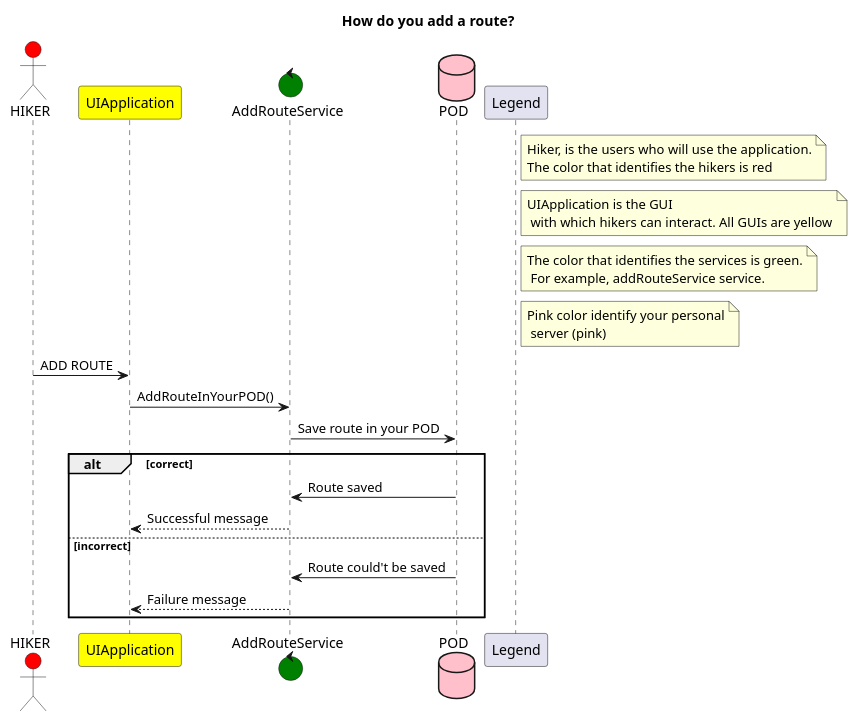
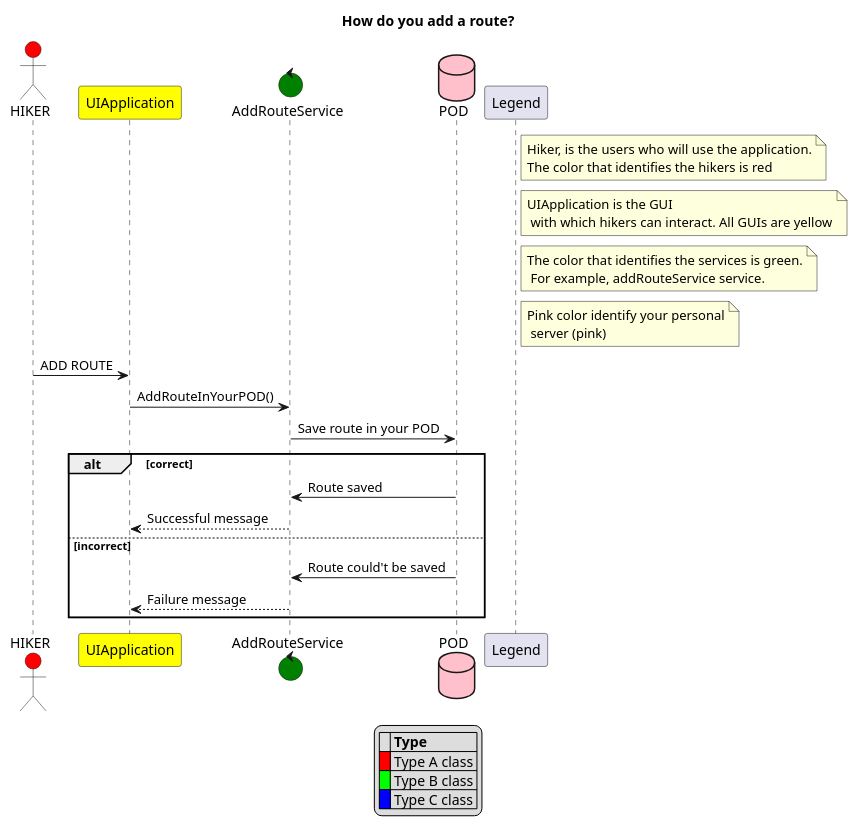
The second of 2 diagrams in src/docs/06_runtime_view.adoc (Arquisoft/viade_es1b), drawn with PlantUML before and after one commit.

Commit message:
Primer cambio hecho

```diff
--- a/src/docs/06_runtime_view.adoc
+++ b/src/docs/06_runtime_view.adoc
@@ -61,31 +61,37 @@
 [plantuml,"Add route diagram",png]
 ----
 title How do you add a route?
 
 
 
 actor HIKER #red
 participant UIApplication #yellow
 control AddRouteService #green
 database POD #pink
 participant Legend
 
 note right of Legend: Hiker, is the users who will use the application.\nThe color that identifies the hikers is red
 note right of Legend:UIApplication is the GUI\n with which hikers can interact. All GUIs are yellow
 note right of Legend: The color that identifies the services is green.\n For example, addRouteService service.
 note right of Legend: Pink color identify your personal\n server (pink)
 
 
 HIKER -> UIApplication: ADD ROUTE
 UIApplication -> AddRouteService: AddRouteInYourPOD()
 AddRouteService -> POD: Save route in your POD
 
 alt correct
 	POD -> AddRouteService: Route saved
 	AddRouteService --> UIApplication: Successful message
 
 else incorrect
 	POD -> AddRouteService: Route could't be saved
 	AddRouteService --> UIApplication: Failure message
 	end
+legend
+|= |= Type |
+|<back:#FF0000>   </back>| Type A class |
+|<back:#00FF00>   </back>| Type B class |
+|<back:blue>   </back>| Type C class |
+endlegend
 ----
```
